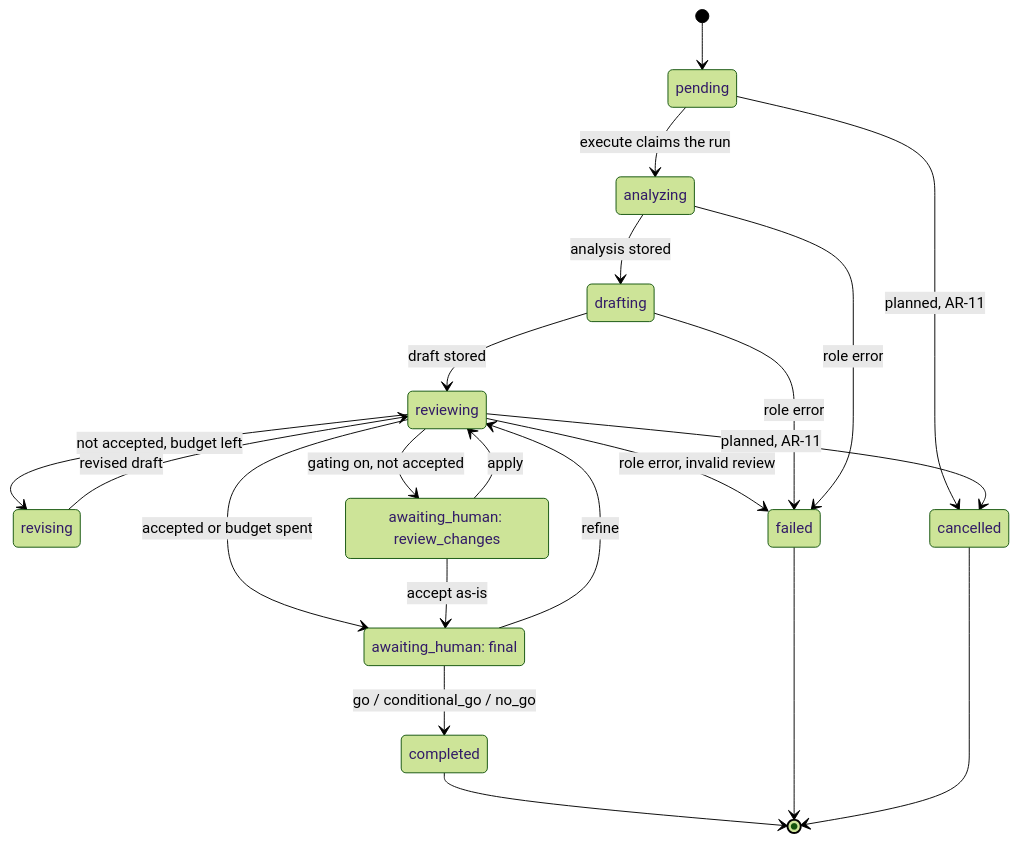
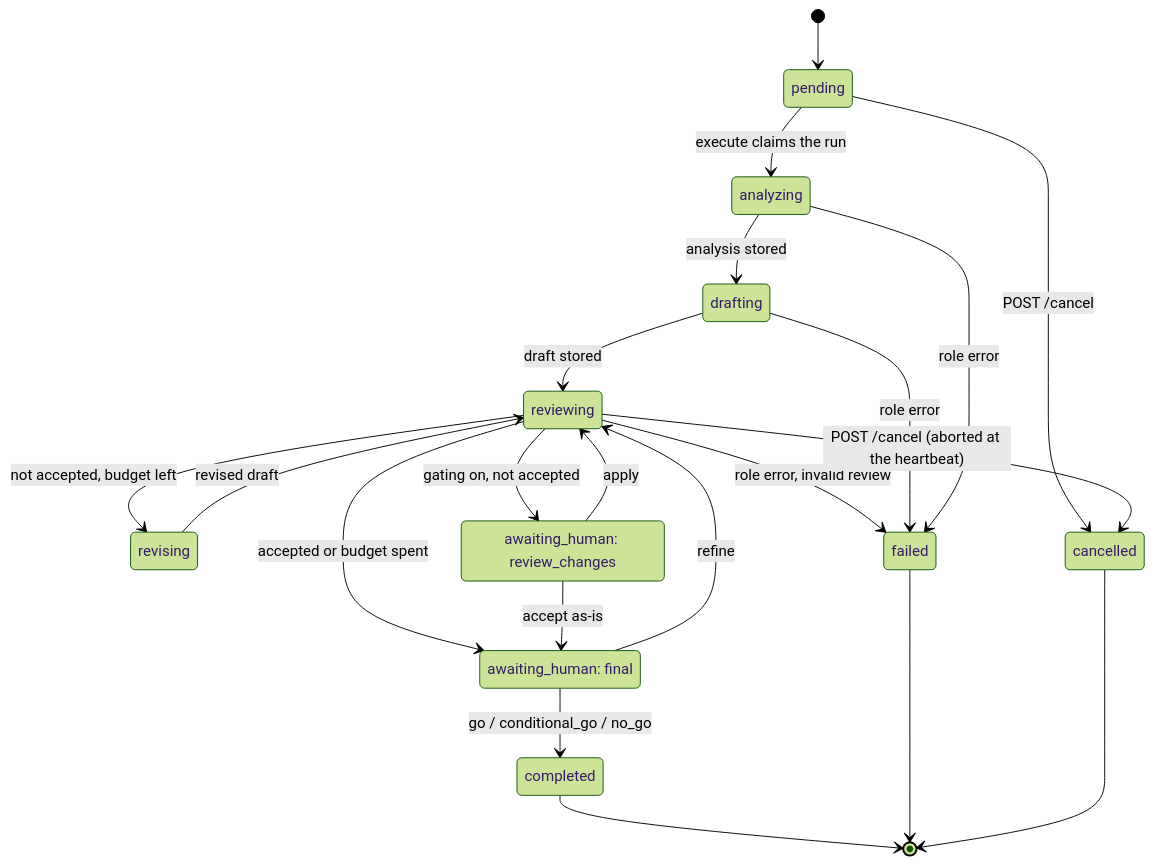
Before and after one commit to keensap/AIFactory: the fourth of 17 diagrams in docs/ARCHITECTURE.md, drawn with Mermaid (forest theme). The commit also changed other lines of this file and 21 other files, not shown here.

````diff
--- a/docs/ARCHITECTURE.md
+++ b/docs/ARCHITECTURE.md
@@ -141,25 +141,25 @@
 ```mermaid
 stateDiagram-v2
   [*] --> pending
   pending --> analyzing: execute claims the run
   analyzing --> drafting: analysis stored
   drafting --> reviewing: draft stored
   reviewing --> revising: not accepted, budget left
   revising --> reviewing: revised draft
   reviewing --> reviewGate: gating on, not accepted
   reviewing --> finalGate: accepted or budget spent
   state "awaiting_human: review_changes" as reviewGate
   state "awaiting_human: final" as finalGate
   reviewGate --> reviewing: apply
   reviewGate --> finalGate: accept as-is
   finalGate --> reviewing: refine
   finalGate --> completed: go / conditional_go / no_go
   reviewing --> failed: role error, invalid review
   drafting --> failed: role error
   analyzing --> failed: role error
-  pending --> cancelled: planned, AR-11
-  reviewing --> cancelled: planned, AR-11
+  pending --> cancelled: POST /cancel
+  reviewing --> cancelled: POST /cancel (aborted at the heartbeat)
   completed --> [*]
   failed --> [*]
   cancelled --> [*]
 ```
````
